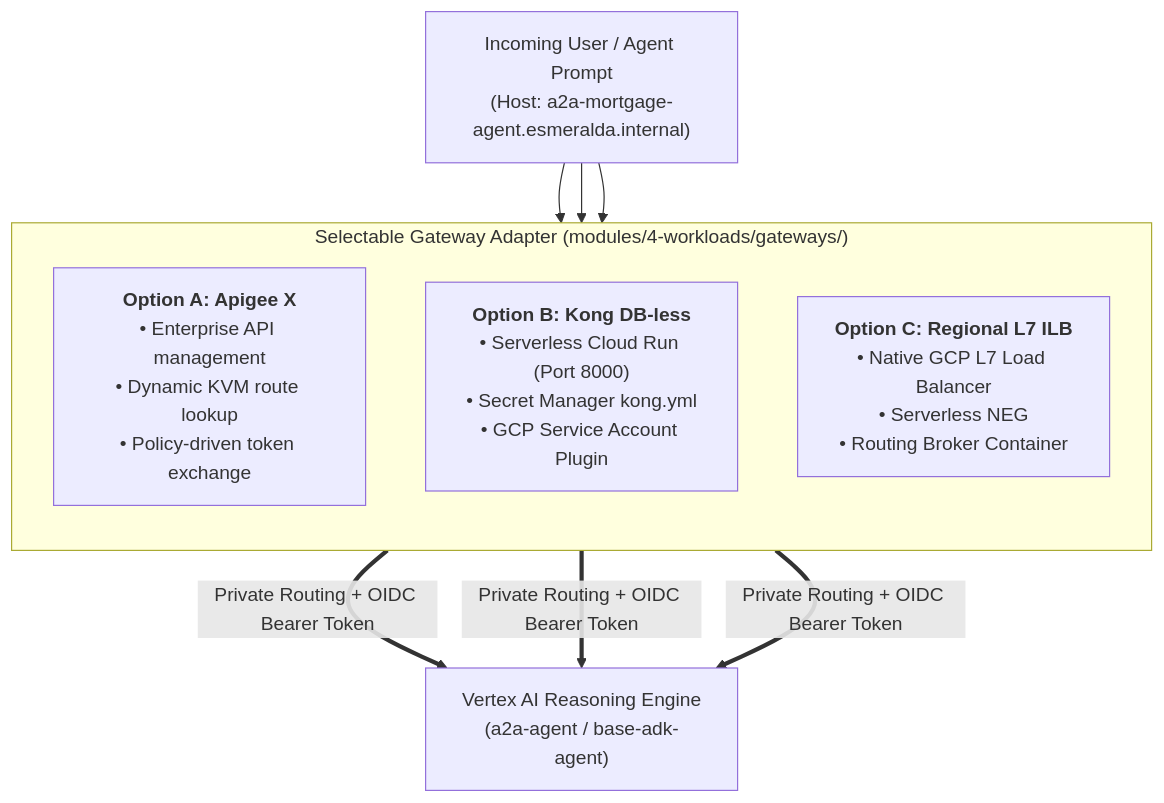
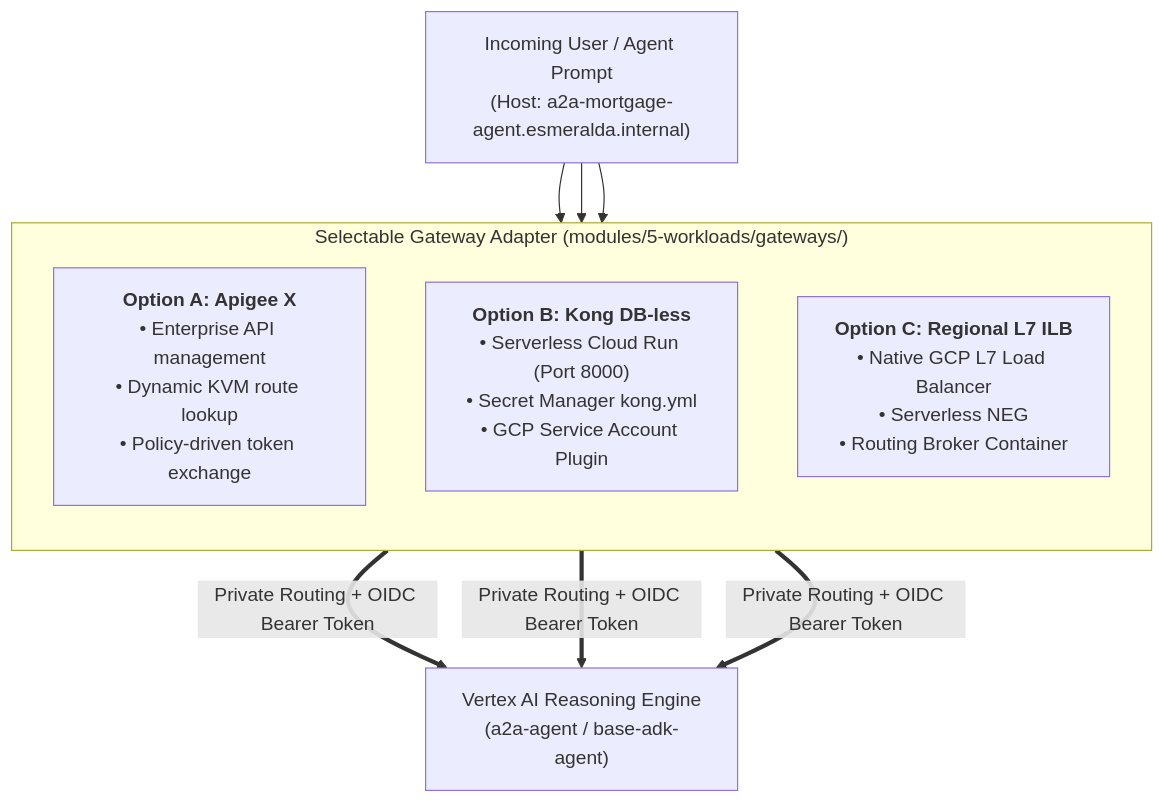
The diagram in docs/2-workloads-and-catalog/01-ingress-gateways.md (google/esmeralda), drawn with Mermaid before and after one commit. The commit also changed other lines of this file and 171 other files, not shown here.

````diff
--- a/docs/2-workloads-and-catalog/01-ingress-gateways.md
+++ b/docs/2-workloads-and-catalog/01-ingress-gateways.md
@@ -45,16 +45,16 @@
 ```mermaid
 flowchart TD
     Req["Incoming User / Agent Prompt<br/>(Host: a2a-mortgage-agent.esmeralda.internal)"]
     
-    subgraph Adapters["Selectable Gateway Adapter (modules/4-workloads/gateways/)"]
+    subgraph Adapters["Selectable Gateway Adapter (modules/5-workloads/gateways/)"]
         direction TB
         OptA["<b>Option A: Apigee X</b><br/>• Enterprise API management<br/>• Dynamic KVM route lookup<br/>• Policy-driven token exchange"]
         OptB["<b>Option B: Kong DB-less</b><br/>• Serverless Cloud Run (Port 8000)<br/>• Secret Manager kong.yml<br/>• GCP Service Account Plugin"]
         OptC["<b>Option C: Regional L7 ILB</b><br/>• Native GCP L7 Load Balancer<br/>• Serverless NEG<br/>• Routing Broker Container"]
     end
 
     Backend["Vertex AI Reasoning Engine<br/>(a2a-agent / base-adk-agent)"]
 
     Req --> OptA & OptB & OptC
     OptA & OptB & OptC ==>|Private Routing + OIDC Bearer Token| Backend
 ```
````
